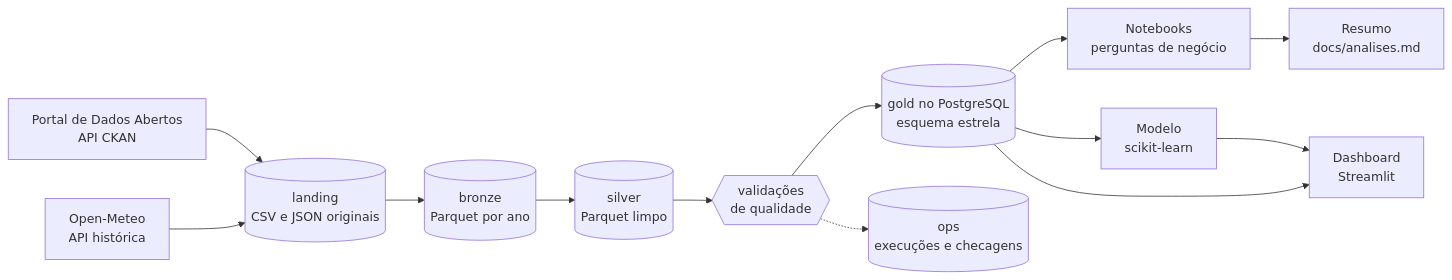
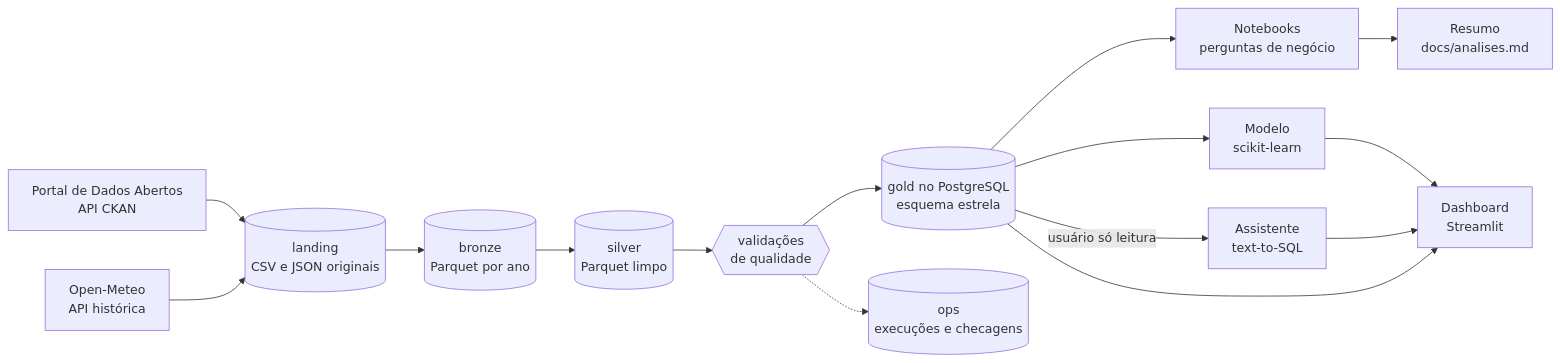
Before and after one commit to nogsposito/recife-156: the first of 2 diagrams in README.md, drawn with Mermaid. The commit also changed other lines of this file and 26 other files, not shown here.

````diff
--- a/README.md
+++ b/README.md
@@ -22,15 +22,17 @@
 ```mermaid
 flowchart LR
     A[Portal de Dados Abertos<br/>API CKAN] --> L[(landing<br/>CSV e JSON originais)]
     W[Open-Meteo<br/>API histórica] --> L
     L --> B[(bronze<br/>Parquet por ano)]
     B --> S[(silver<br/>Parquet limpo)]
     S --> Q{{validações<br/>de qualidade}}
     Q --> G[(gold no PostgreSQL<br/>esquema estrela)]
     Q -.-> O[(ops<br/>execuções e checagens)]
     G --> N[Notebooks<br/>perguntas de negócio]
     N --> R[Resumo<br/>docs/analises.md]
     G --> M[Modelo<br/>scikit-learn]
     M --> D[Dashboard<br/>Streamlit]
+    G -->|usuário só leitura| AI[Assistente<br/>text-to-SQL]
+    AI --> D
     G --> D
 ```
````
